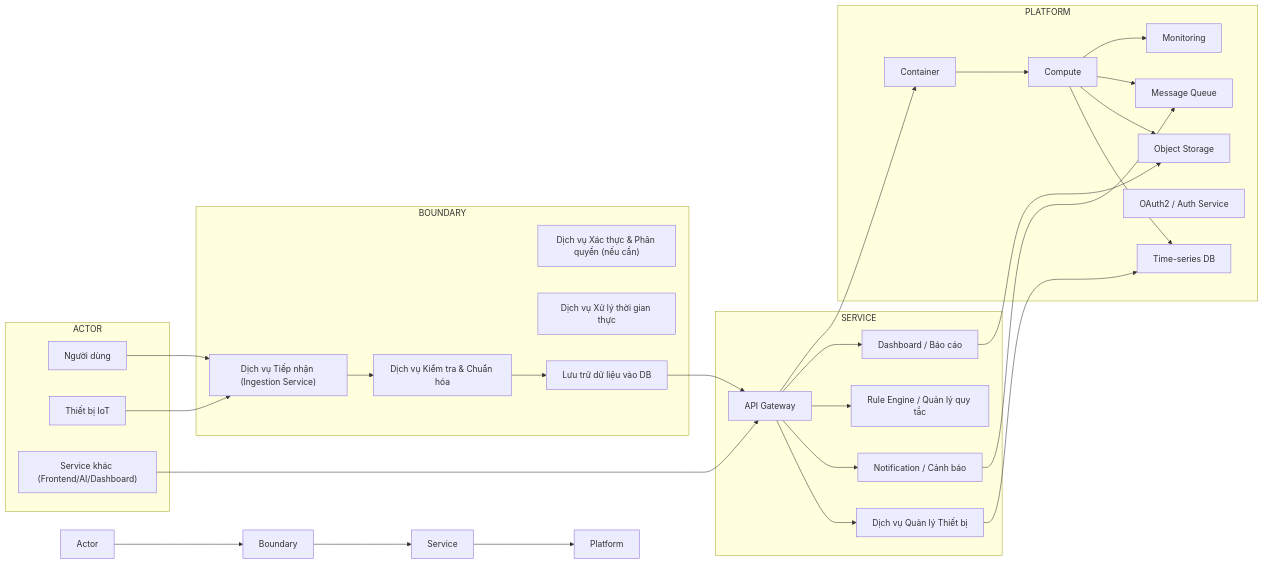
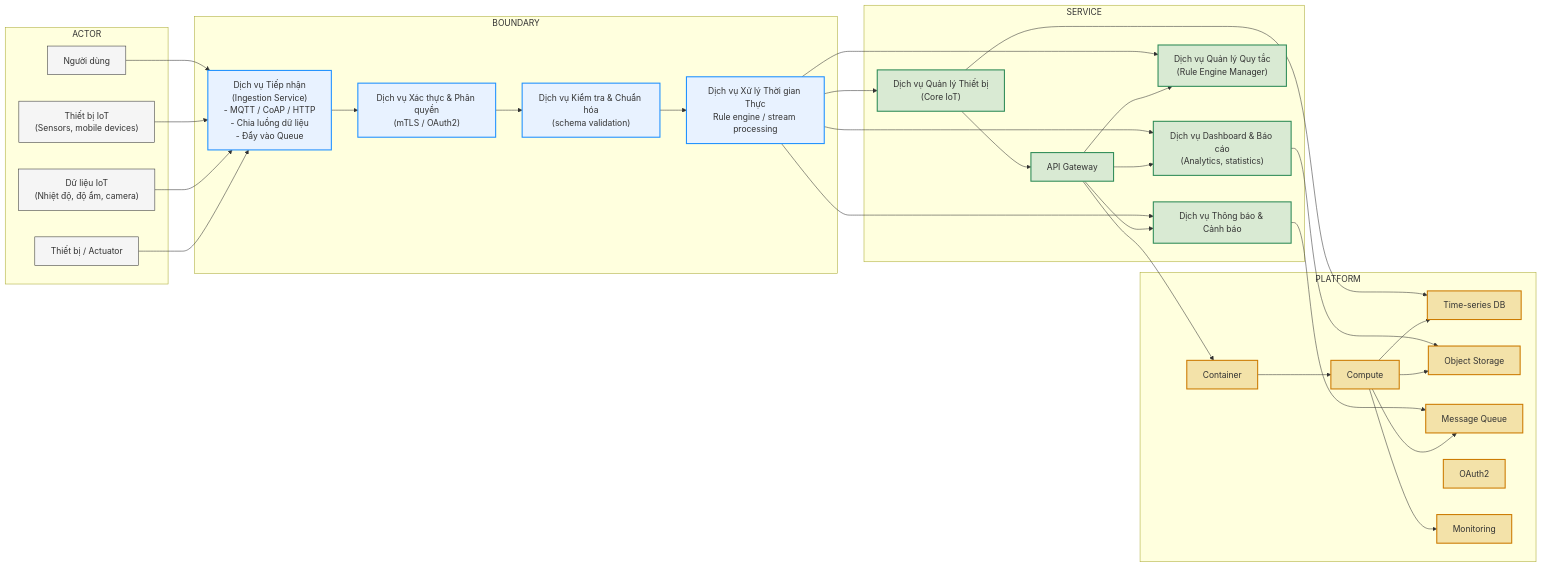
Before and after one commit to Connectivity-services-ad-PT/lab1-phuongthanh05: the diagram in evidence/buoi-01/service-boundary.md, drawn with Mermaid. The commit also changed other lines of this file, not shown here.

Commit message:
Add session 01 environment evidence

````diff
--- a/evidence/buoi-01/service-boundary.md
+++ b/evidence/buoi-01/service-boundary.md
@@ -115,58 +115,69 @@
 ```mermaid
 graph LR
-    A[Actor] --> B[Boundary]
-    B --> C[Service]
-    C --> D[Platform]
+    classDef actorFill fill:#F5F5F5,stroke:#333,stroke-width:1px;
+    classDef boundaryFill fill:#E8F2FF,stroke:#1E90FF,stroke-width:2px;
+    classDef serviceFill fill:#D9EAD3,stroke:#2E8B57,stroke-width:2px;
+    classDef platformFill fill:#F3E2A9,stroke:#CC7A00,stroke-width:2px;
 
-    subgraph Actor[ACTOR]
+    subgraph ACTOR[ACTOR]
         U["Người dùng"]
-        I["Thiết bị IoT"]
-        S["Service khác (Frontend/AI/Dashboard)"]
+        D["Thiết bị IoT\n(Sensors, mobile devices)"]
+        T["Dữ liệu IoT\n(Nhiệt độ, độ ẩm, camera)"]
+        A["Thiết bị / Actuator"]
     end
 
-    subgraph Boundary[BOUNDARY]
-        Ingest["Dịch vụ Tiếp nhận (Ingestion Service)"]
-        Auth["Dịch vụ Xác thực & Phân quyền (nếu cần)"]
-        Validate["Dịch vụ Kiểm tra & Chuẩn hóa"]
-        Process["Dịch vụ Xử lý thời gian thực"]
-        Store["Lưu trữ dữ liệu vào DB"]
+    subgraph BOUNDARY[BOUNDARY]
+        Ingest["Dịch vụ Tiếp nhận\n(Ingestion Service)\n- MQTT / CoAP / HTTP\n- Chia luồng dữ liệu\n- Đẩy vào Queue"]
+        Auth["Dịch vụ Xác thực & Phân quyền\n(mTLS / OAuth2)"]
+        Validate["Dịch vụ Kiểm tra & Chuẩn hóa\n(schema validation)"]
+        Process["Dịch vụ Xử lý Thời gian Thực\nRule engine / stream processing"]
     end
 
-    subgraph Service[SERVICE]
+    subgraph SERVICE[SERVICE]
         APIGW["API Gateway"]
-        Core["Dịch vụ Quản lý Thiết bị"]
-        Notify["Notification / Cảnh báo"]
-        Rule["Rule Engine / Quản lý quy tắc"]
-        Report["Dashboard / Báo cáo"]
+        DeviceMgmt["Dịch vụ Quản lý Thiết bị\n(Core IoT)"]
+        Notify["Dịch vụ Thông báo & Cảnh báo"]
+        RuleEngine["Dịch vụ Quản lý Quy tắc\n(Rule Engine Manager)"]
+        Dashboard["Dịch vụ Dashboard & Báo cáo\n(Analytics, statistics)"]
     end
 
-    subgraph Platform[PLATFORM]
+    subgraph PLATFORM[PLATFORM]
         Container["Container"]
         Compute["Compute"]
         TSDB["Time-series DB"]
         Storage["Object Storage"]
         MQ["Message Queue"]
-        OAuth["OAuth2 / Auth Service"]
+        OAuth2["OAuth2"]
         Monitor["Monitoring"]
     end
 
     U --> Ingest
-    I --> Ingest
-    S --> APIGW
-    Ingest --> Validate
-    Validate --> Store
-    Store --> APIGW
-    APIGW --> Core
+    D --> Ingest
+    T --> Ingest
+    A --> Ingest
+    Ingest --> Auth
+    Auth --> Validate
+    Validate --> Process
+    Process --> DeviceMgmt
+    Process --> RuleEngine
+    Process --> Notify
+    Process --> Dashboard
+    DeviceMgmt --> APIGW
+    APIGW --> Dashboard
     APIGW --> Notify
-    APIGW --> Rule
-    APIGW --> Report
-    Core --> TSDB
+    APIGW --> RuleEngine
+    DeviceMgmt --> TSDB
     Notify --> MQ
-    Report --> Storage
+    Dashboard --> Storage
     APIGW --> Container
     Container --> Compute
     Compute --> TSDB
     Compute --> Storage
     Compute --> MQ
     Compute --> Monitor
+
+    class U,D,T,A actorFill;
+    class Ingest,Auth,Validate,Process boundaryFill;
+    class APIGW,DeviceMgmt,Notify,RuleEngine,Dashboard serviceFill;
+    class Container,Compute,TSDB,Storage,MQ,OAuth2,Monitor platformFill;
 ```
````
